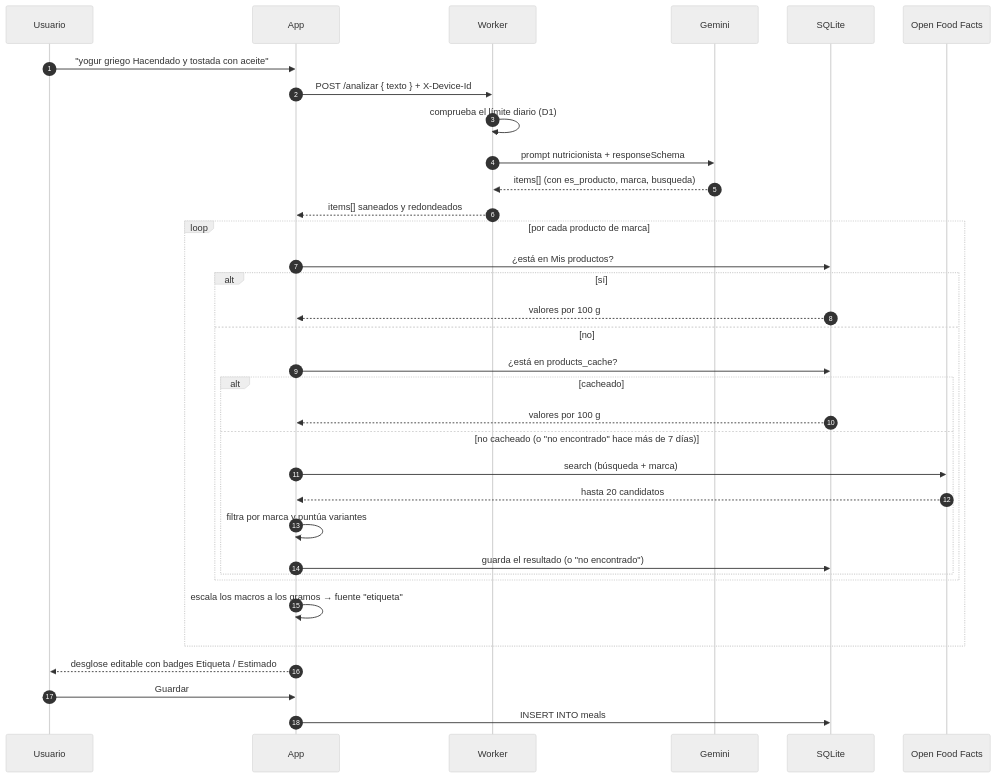
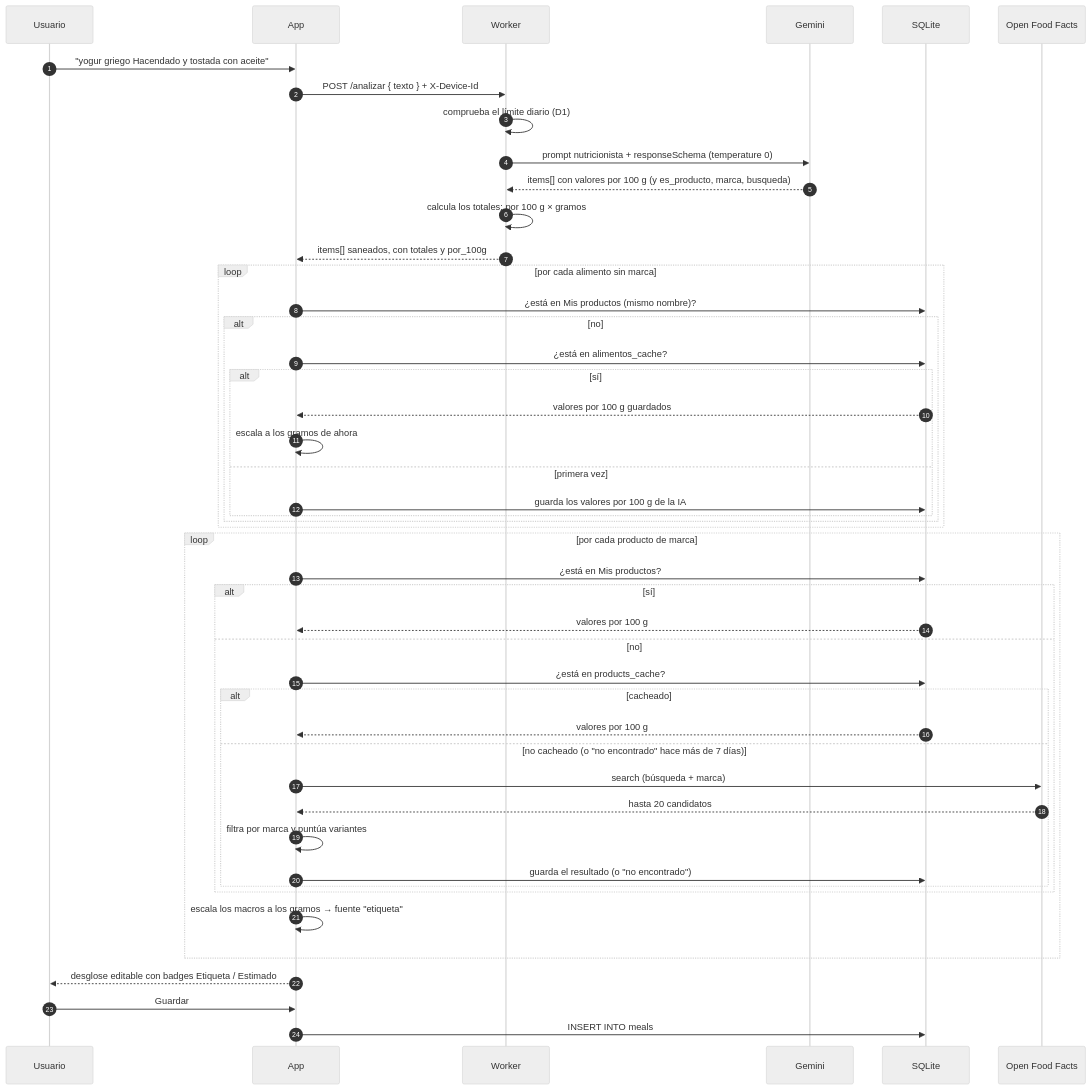
The second of 3 diagrams in README.md (JoseMasiaTormo/mako), drawn with Mermaid (neutral theme) before and after one commit. The commit also changed other lines of this file and 7 other files, not shown here.

````diff
--- a/README.md
+++ b/README.md
@@ -174,37 +176,50 @@
 ```mermaid
 sequenceDiagram
     autonumber
     participant 👤 as Usuario
     participant 📱 as App
     participant ⚡ as Worker
     participant 🤖 as Gemini
     participant 💾 as SQLite
     participant 🍊 as Open Food Facts
 
     👤->>📱: "yogur griego Hacendado y tostada con aceite"
     📱->>⚡: POST /analizar { texto } + X-Device-Id
     ⚡->>⚡: comprueba el límite diario (D1)
-    ⚡->>🤖: prompt nutricionista + responseSchema
-    🤖-->>⚡: items[] (con es_producto, marca, busqueda)
-    ⚡-->>📱: items[] saneados y redondeados
+    ⚡->>🤖: prompt nutricionista + responseSchema (temperature 0)
+    🤖-->>⚡: items[] con valores por 100 g (y es_producto, marca, busqueda)
+    ⚡->>⚡: calcula los totales: por 100 g × gramos
+    ⚡-->>📱: items[] saneados, con totales y por_100g
+    loop por cada alimento sin marca
+        📱->>💾: ¿está en Mis productos (mismo nombre)?
+        alt no
+            📱->>💾: ¿está en alimentos_cache?
+            alt sí
+                💾-->>📱: valores por 100 g guardados
+                📱->>📱: escala a los gramos de ahora
+            else primera vez
+                📱->>💾: guarda los valores por 100 g de la IA
+            end
+        end
+    end
     loop por cada producto de marca
         📱->>💾: ¿está en Mis productos?
         alt sí
             💾-->>📱: valores por 100 g
         else no
             📱->>💾: ¿está en products_cache?
             alt cacheado
                 💾-->>📱: valores por 100 g
             else no cacheado (o "no encontrado" hace más de 7 días)
                 📱->>🍊: search (búsqueda + marca)
                 🍊-->>📱: hasta 20 candidatos
                 📱->>📱: filtra por marca y puntúa variantes
                 📱->>💾: guarda el resultado (o "no encontrado")
             end
         end
         📱->>📱: escala los macros a los gramos → fuente "etiqueta"
     end
     📱-->>👤: desglose editable con badges Etiqueta / Estimado
     👤->>📱: Guardar
     📱->>💾: INSERT INTO meals
 ```
````
